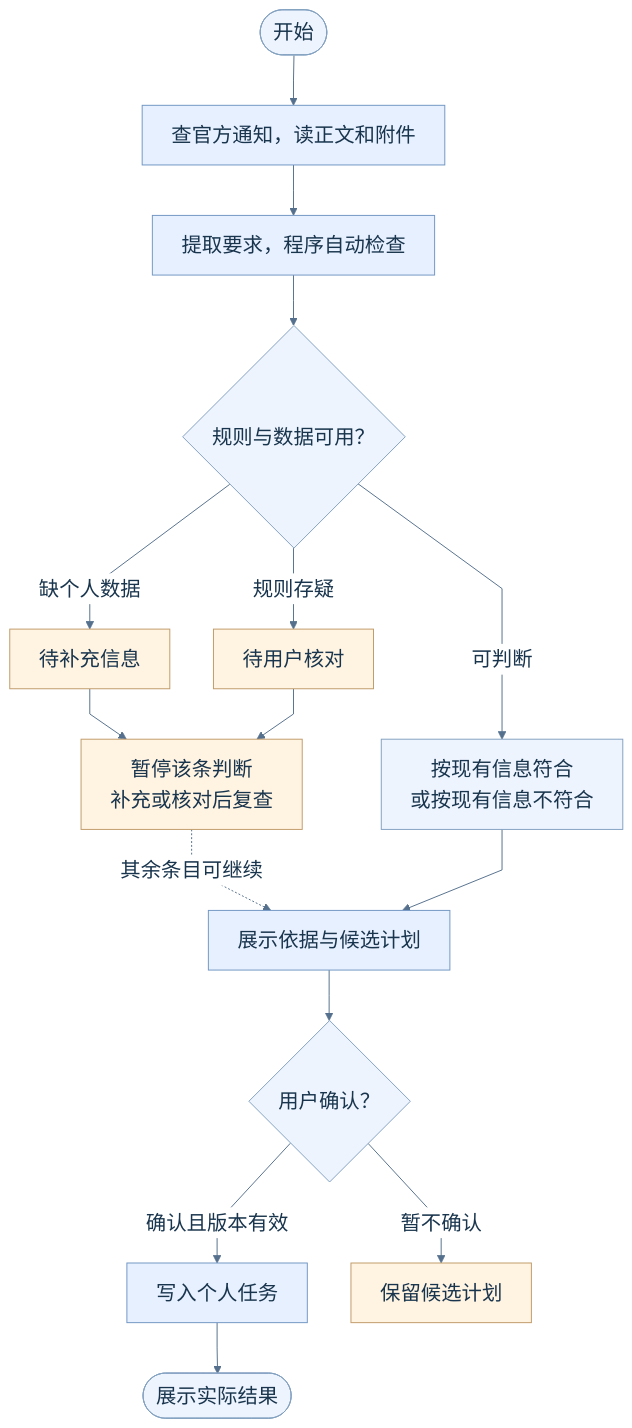
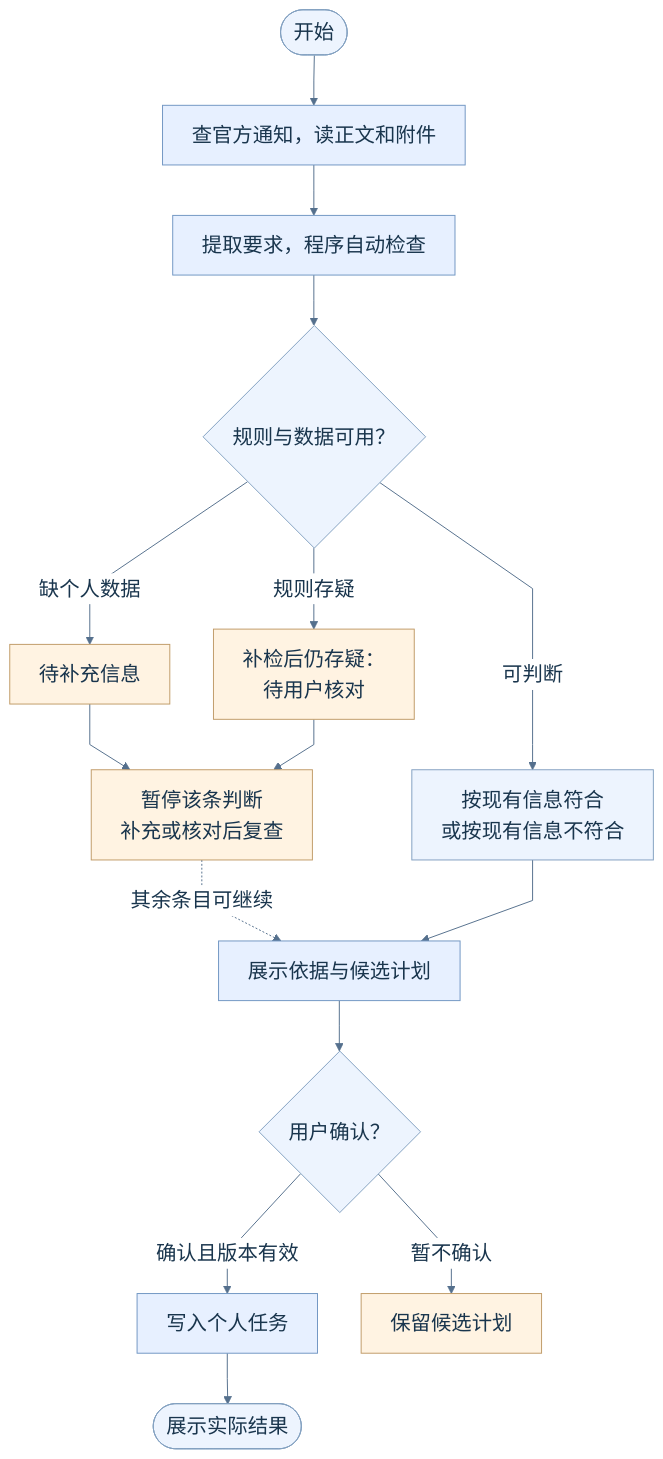
The diagram in docs/design/agent-design/diagrams/02_任务活动.mmd (LotteryCamp/OfferPilot), drawn with Mermaid before and after one commit. The commit also changed 5 other files, not shown here.

```diff
--- a/docs/design/agent-design/diagrams/02_任务活动.mmd
+++ b/docs/design/agent-design/diagrams/02_任务活动.mmd
@@ -1,58 +1,58 @@
 ---
 config:
   theme: base
   themeCSS: 'text.messageText { paint-order: stroke; stroke: white; stroke-width: 5px; stroke-linejoin: round; }'
   themeVariables:
     fontFamily: "Microsoft YaHei, sans-serif"
     fontSize: "21px"
     primaryColor: "#EDF4FE"
     primaryBorderColor: "#83A0C1"
     primaryTextColor: "#19354D"
     secondaryColor: "#EBF6F1"
     tertiaryColor: "#F5F8FC"
     lineColor: "#55708D"
     edgeLabelBackground: "#FFFFFF"
     clusterBkg: "#F4F8FC"
     clusterBorder: "#B3C8DC"
     actorBkg: "#EDF4FE"
     actorBorder: "#8DAAC8"
     actorTextColor: "#19354D"
     actorLineColor: "#B8CBDE"
     signalColor: "#294E70"
     signalTextColor: "#19354D"
     labelBoxBkgColor: "#EBF6F1"
     labelBoxBorderColor: "#9ABBAE"
     loopTextColor: "#19354D"
     actorFontSize: "20px"
     messageFontSize: "19px"
     sequenceNumberColor: "#FFFFFF"
   flowchart:
     curve: linear
     wrappingWidth: 300
     nodeSpacing: 45
     rankSpacing: 52
   sequence:
     mirrorActors: true
     actorMargin: 60
     messageMargin: 25
     boxMargin: 12
 ---
 flowchart TB
     S([开始]) --> R["查官方通知，读正文和附件"]
     R --> C["提取要求，程序自动检查"]
     C --> Q{"规则与数据可用？"}
     Q -->|"缺个人数据"| P["待补充信息"]
-    Q -->|"规则存疑"| H["待用户核对"]
+    Q -->|"规则存疑"| H["补检后仍存疑：<br/>待用户核对"]
     Q -->|"可判断"| V["按现有信息符合<br/>或按现有信息不符合"]
     P --> E["暂停该条判断<br/>补充或核对后复查"]
     H --> E
     E -. 其余条目可继续 .-> N
     V --> N["展示依据与候选计划"]
     N --> J{"用户确认？"}
     J -->|"确认且版本有效"| W["写入个人任务"]
     J -->|"暂不确认"| D["保留候选计划"]
     W --> X([展示实际结果])
     classDef core fill:#E7F0FF,stroke:#7196C3
     classDef wait fill:#FFF3E2,stroke:#C09B68
     class R,C,N,W core
     class P,H,E,D wait
```
